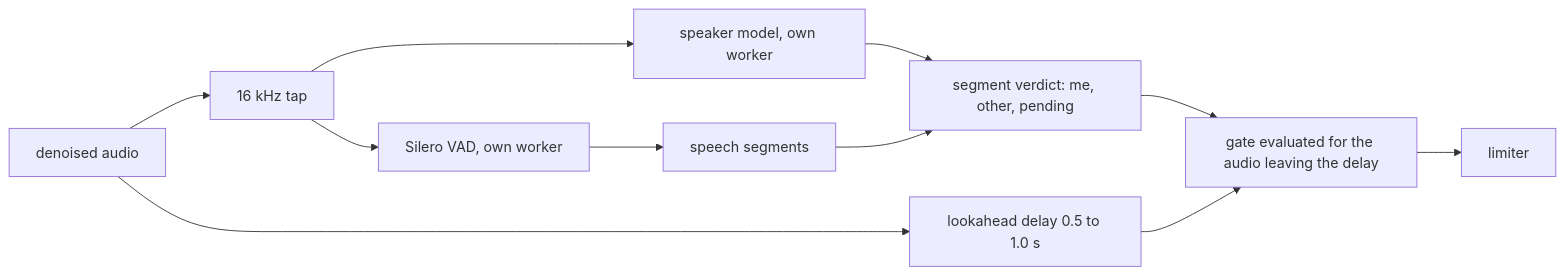
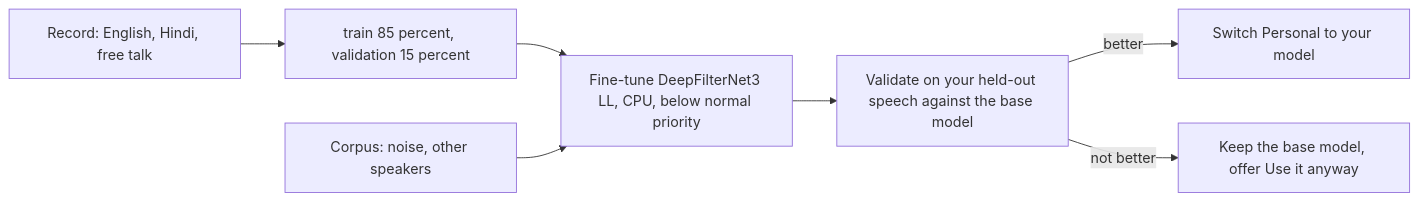
One commit to AroseEditor/Vesper-Audio changed the first of 2 diagrams in README.md. Above: the diagram before and after it, drawn with Mermaid. The commit also changed other lines of this file and 9 other files, not shown here.

````diff
--- a/README.md
+++ b/README.md
@@ -183,13 +180,9 @@
 ```mermaid
 flowchart LR
-  A[denoised audio] --> B[16 kHz tap]
-  A --> D[lookahead delay 0.5 to 1.0 s]
-  B --> V[Silero VAD, own worker]
-  V --> S[speech segments]
-  B --> E[speaker model, own worker]
-  E --> J[segment verdict: me, other, pending]
-  S --> J
-  J --> G[gate evaluated for the audio leaving the delay]
-  D --> G
-  G --> O[limiter]
+  R[Record: English, Hindi, free talk] --> S[train 85 percent, validation 15 percent]
+  S --> T[Fine-tune DeepFilterNet3 LL, CPU, below normal priority]
+  C[Corpus: noise, other speakers] --> T
+  T --> V[Validate on your held-out speech against the base model]
+  V -->|better| U[Switch Personal to your model]
+  V -->|not better| K[Keep the base model, offer Use it anyway]
 ```
````
